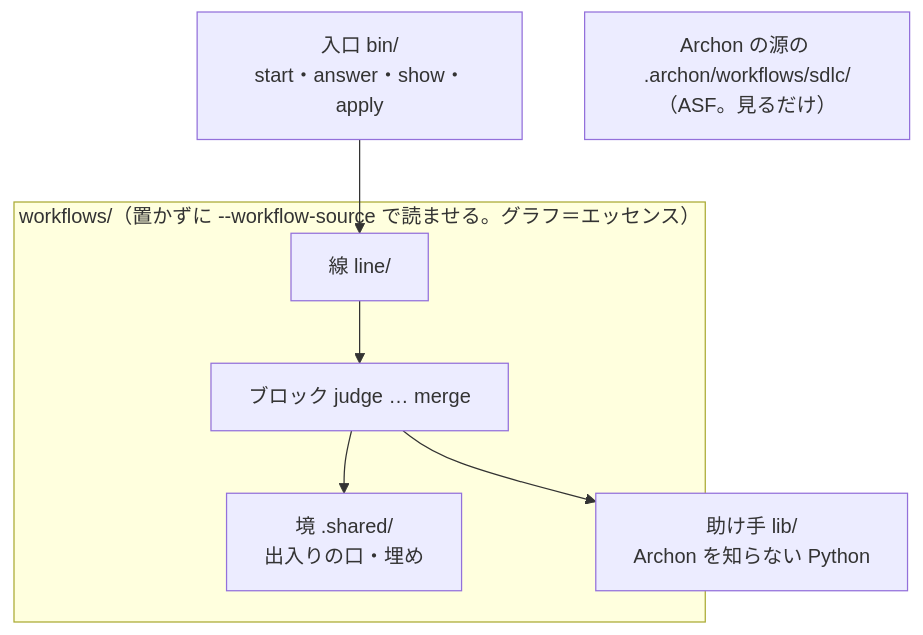
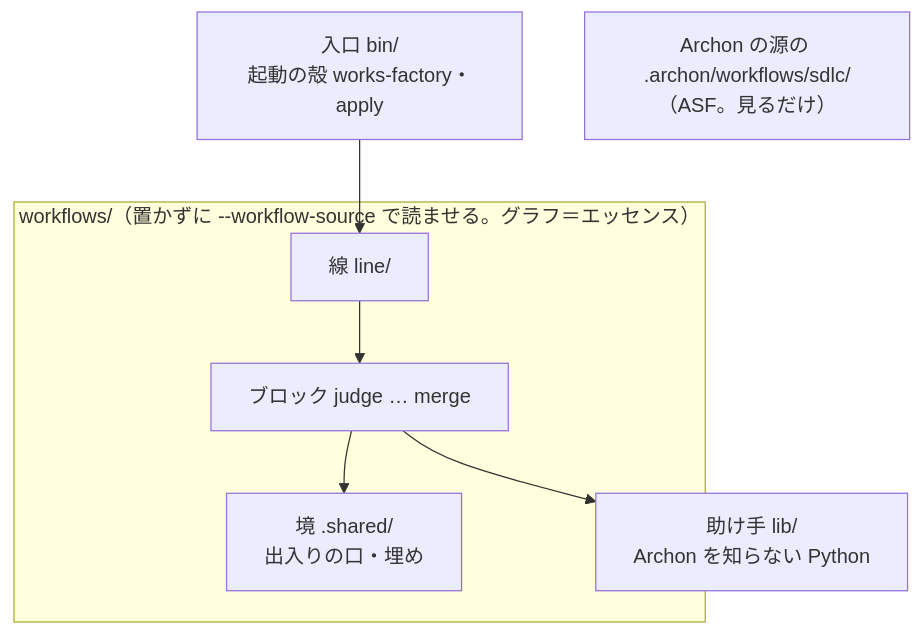
The first of 2 diagrams in docs/design.md (raiki61/works-factory), drawn with Mermaid before and after one commit. The commit also changed other lines of this file and 14 other files, not shown here.

First line of the commit message:
入口の殻 bin/works-factory を置き、認証と隔離を整えて止めた Archon を起こす (#63)

````diff
--- a/docs/design.md
+++ b/docs/design.md
@@ -38,15 +38,15 @@
 ```mermaid
 flowchart TB
-  entry["入口 bin/<br/>start・answer・show・apply"]
+  entry["入口 bin/<br/>起動の殻 works-factory・apply"]
   subgraph ours["workflows/（置かずに --workflow-source で読ませる。グラフ＝エッセンス）"]
     line["線 line/"]
     blocks["ブロック judge … merge"]
     shared["境 .shared/<br/>出入りの口・埋め"]
   end
   asf["Archon の源の .archon/workflows/sdlc/（ASF。見るだけ）"]
   lib["助け手 lib/<br/>Archon を知らない Python"]
   entry --> line
   line --> blocks
   blocks --> shared
   blocks --> lib
 ```
````
